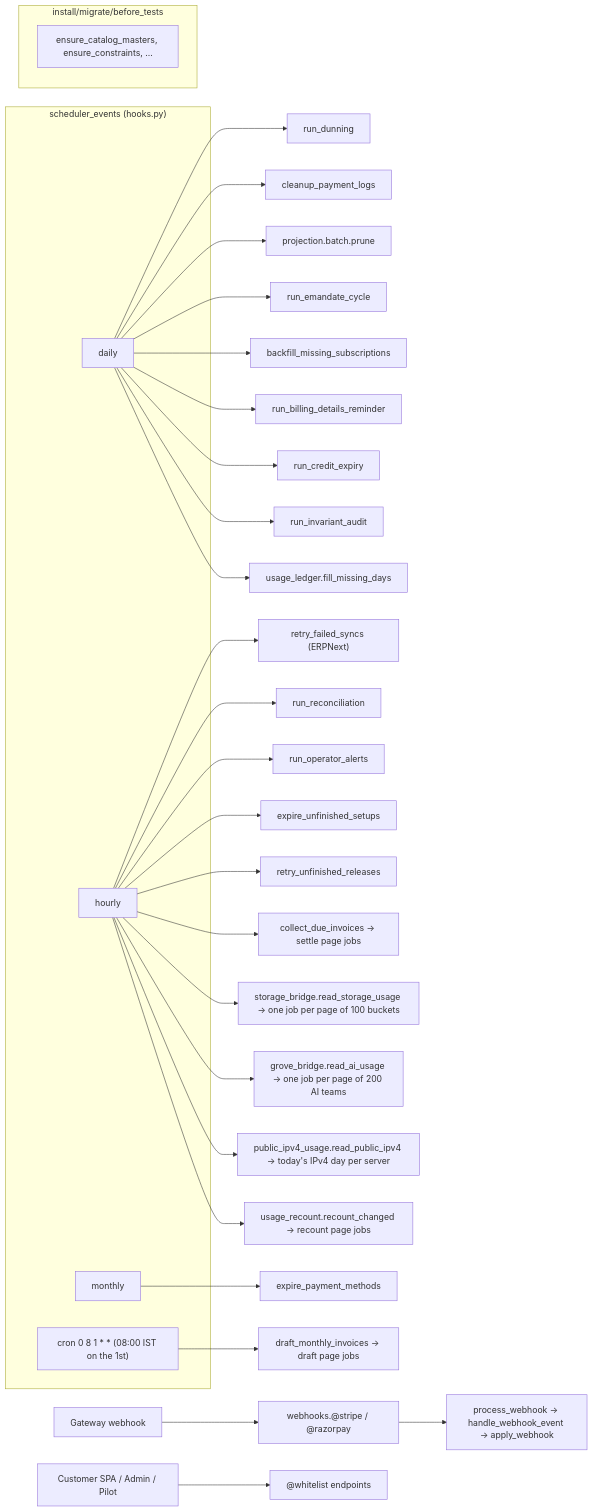
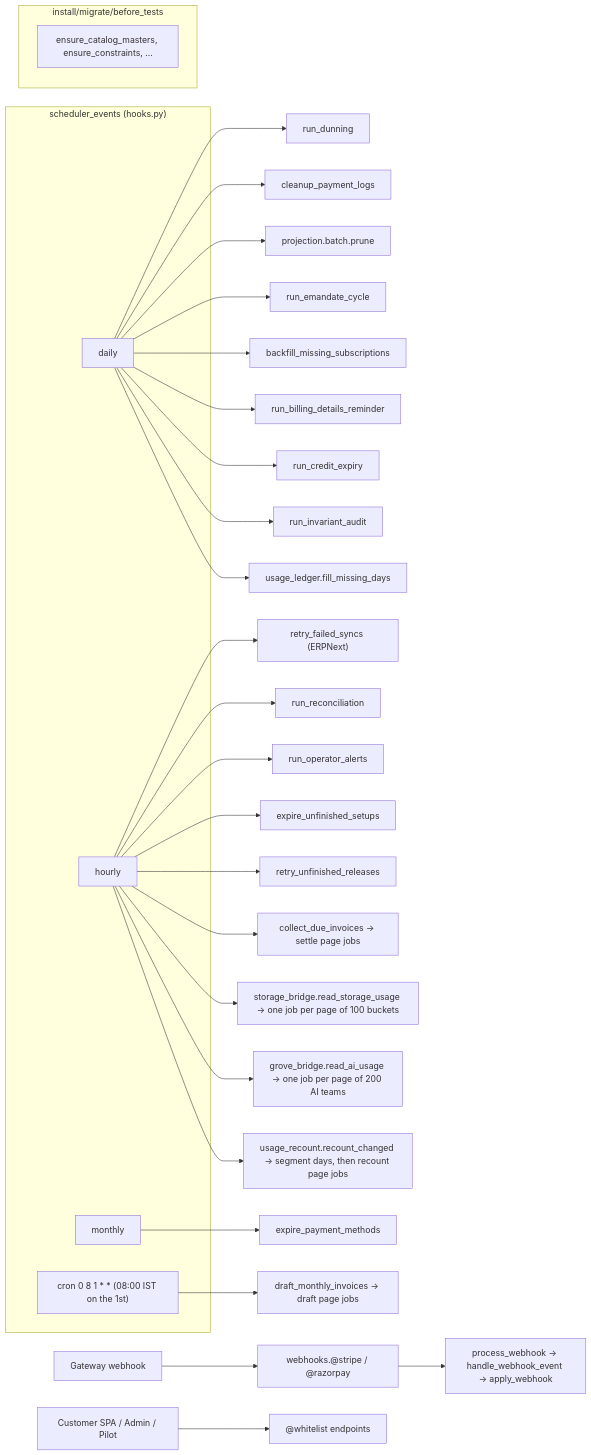
The third of 8 diagrams in central/billing/ARCHITECTURE.md (frappe/central), drawn with Mermaid before and after one commit. The commit also changed other lines of this file and 2 other files, not shown here.

Commit message:
docs(billing): describe public IPv4 as usage segments

````diff
--- a/central/billing/ARCHITECTURE.md
+++ b/central/billing/ARCHITECTURE.md
@@ -220,38 +221,37 @@
 ```mermaid
 flowchart LR
     subgraph SCHED["scheduler_events (hooks.py)"]
         D1["daily"]
         H1["hourly"]
         M1["monthly"]
         C1["cron 0 8 1 * * (08:00 IST on the 1st)"]
     end
     D1 --> RD["run_dunning"]
     D1 --> CP["cleanup_payment_logs"]
     D1 --> PR["projection.batch.prune"]
     D1 --> EM["run_emandate_cycle"]
     D1 --> BF["backfill_missing_subscriptions"]
     D1 --> BR["run_billing_details_reminder"]
     D1 --> CE["run_credit_expiry"]
     D1 --> IA["run_invariant_audit"]
     D1 --> FMD["usage_ledger.fill_missing_days"]
     H1 --> RF["retry_failed_syncs (ERPNext)"]
     H1 --> RR["run_reconciliation"]
     H1 --> OA["run_operator_alerts"]
     H1 --> SE["expire_unfinished_setups"]
     H1 --> SR["retry_unfinished_releases"]
     C1 --> DMI["draft_monthly_invoices → draft page jobs"]
     M1 --> EX["expire_payment_methods"]
     H1 --> CDI["collect_due_invoices → settle page jobs"]
     H1 --> RSU["storage_bridge.read_storage_usage → one job per page of 100 buckets"]
     H1 --> RAI["grove_bridge.read_ai_usage → one job per page of 200 AI teams"]
-    H1 --> RIP["public_ipv4_usage.read_public_ipv4 → today's IPv4 day per server"]
-    H1 --> RCC["usage_recount.recount_changed → recount page jobs"]
+    H1 --> RCC["usage_recount.recount_changed → segment days, then recount page jobs"]
 
     subgraph INSTALL["install/migrate/before_tests"]
         ECM["ensure_catalog_masters, ensure_constraints, ..."]
     end
 
     EXT["Gateway webhook"] --> WH["webhooks.@stripe / @razorpay"]
     WH --> PW["process_webhook → handle_webhook_event → apply_webhook"]
     UI["Customer SPA / Admin / Pilot"] --> API["@whitelist endpoints"]
 ```
````
